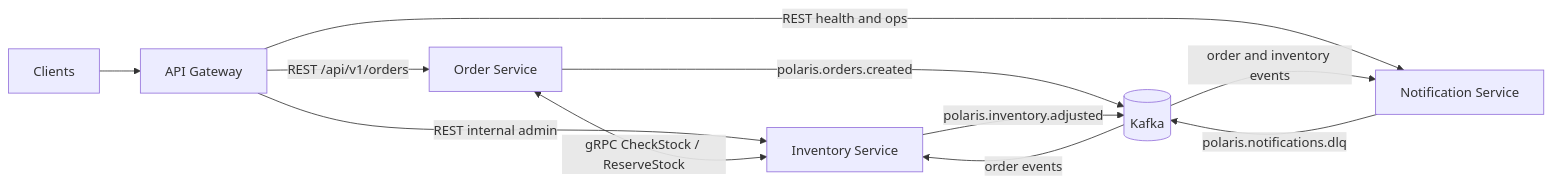
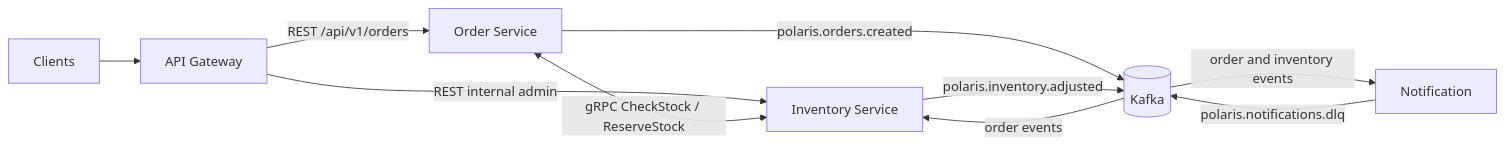
The diagram in README.md (abdullahsayed30/Polaris), drawn with Mermaid before and after one commit. The commit also changed other lines of this file and 19 other files, not shown here.

Commit message:
feat: add notification service

````diff
--- a/README.md
+++ b/README.md
@@ -12,17 +12,16 @@
 ```mermaid
 flowchart LR
     Client[Clients] --> Gateway[API Gateway]
 
     Gateway -->|REST /api/v1/orders| Order[Order Service]
     Gateway -->|REST internal admin| Inventory[Inventory Service]
-    Gateway -->|REST health and ops| Notification[Notification Service]
 
     Order <-->|gRPC CheckStock / ReserveStock| Inventory
 
     Order -->|polaris.orders.created| Kafka[(Kafka)]
     Inventory -->|polaris.inventory.adjusted| Kafka
     Notification -->|polaris.notifications.dlq| Kafka
 
     Kafka -->|order events| Inventory
     Kafka -->|order and inventory events| Notification
 ```
````
